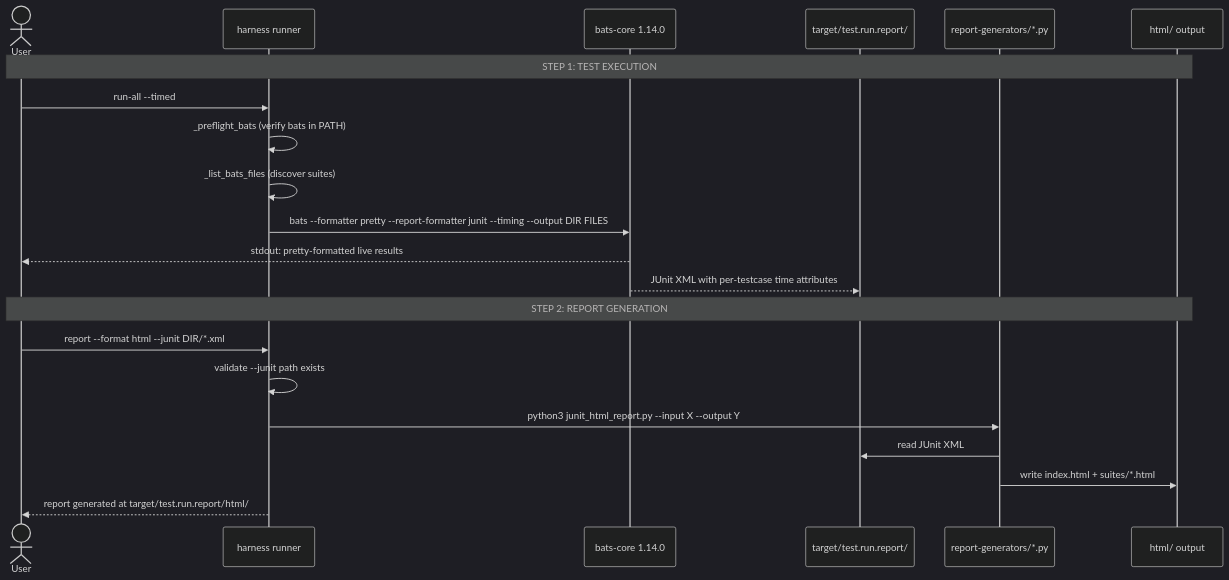
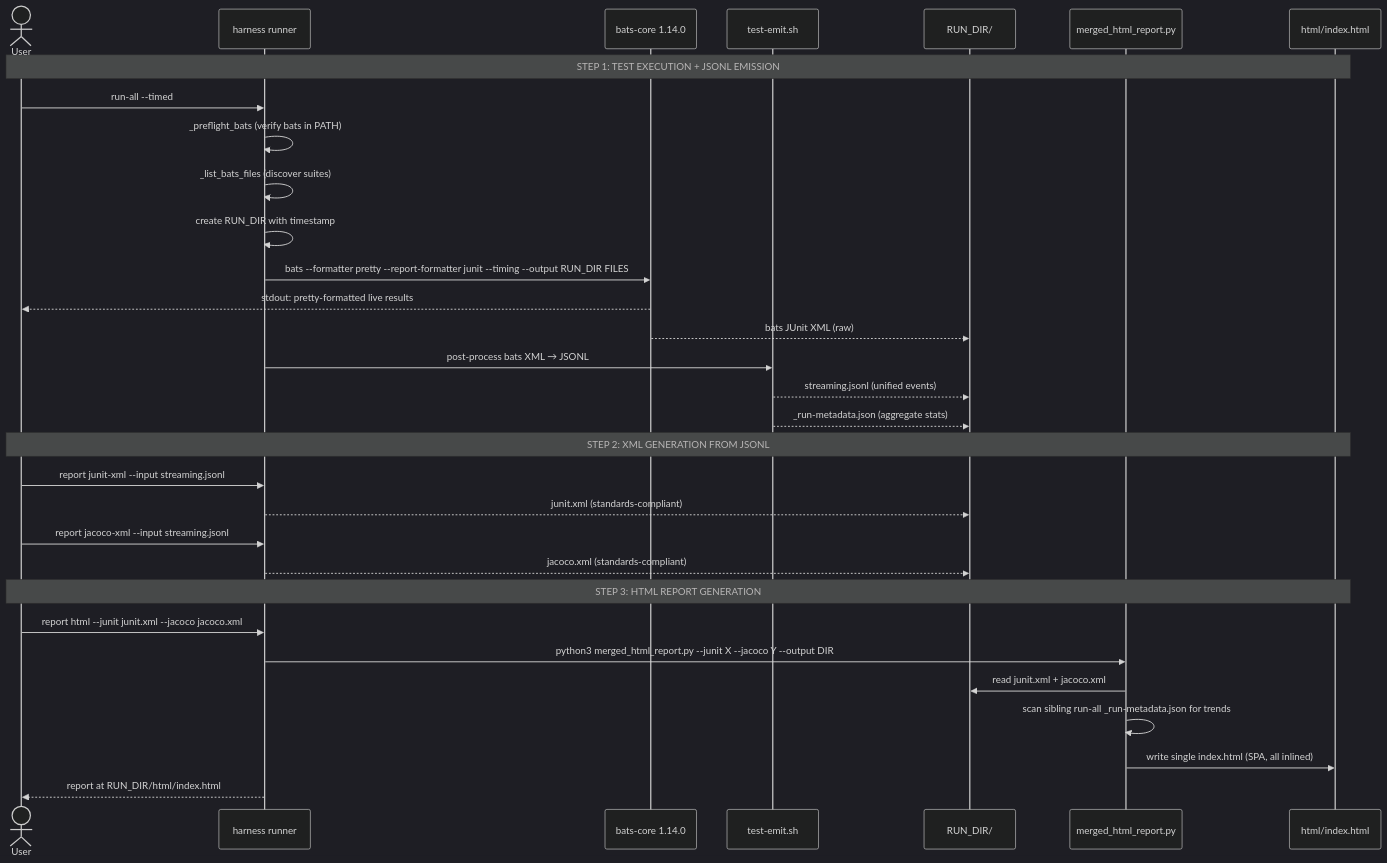
Before and after one commit to hanasaki/hanaden-bwrap-enhanced: the sixth of 6 diagrams in PROJECT_HOME/docs/architecture-design-features-specs/bwrap-enhanced-architecture-design-features-specs/BwrapEnhanced2026.strat/FormalTestObservability.driv/UnifiedStructuredTestReporting.moti/TestHarnessSystem.sys/20260831-225530-034851-7a99-aba2-733798cb5a23-TestHarnessSystem.sys-0.0.1.md, drawn with Mermaid (dark theme). The commit also changed other lines of this file and 7 other files, not shown here.

````diff
--- a/PROJECT_HOME/docs/architecture-design-features-specs/bwrap-enhanced-architecture-design-features-specs/BwrapEnhanced2026.strat/FormalTestObservability.driv/UnifiedStructuredTestReporting.moti/TestHarnessSystem.sys/20260831-225530-034851-7a99-aba2-733798cb5a23-TestHarnessSystem.sys-0.0.1.md
+++ b/PROJECT_HOME/docs/architecture-design-features-specs/bwrap-enhanced-architecture-design-features-specs/BwrapEnhanced2026.strat/FormalTestObservability.driv/UnifiedStructuredTestReporting.moti/TestHarnessSystem.sys/20260831-225530-034851-7a99-aba2-733798cb5a23-TestHarnessSystem.sys-0.0.1.md
@@ -521,27 +535,39 @@
 ```mermaid
 sequenceDiagram
     actor User
     participant Harness as harness runner
     participant Bats as bats-core 1.14.0
-    participant Disk as target/test.run.report/
-    participant Python as report-generators/*.py
-    participant HTML as html/ output
+    participant Emit as test-emit.sh
+    participant Disk as RUN_DIR/
+    participant Python as merged_html_report.py
+    participant HTML as html/index.html
 
-    Note over User,HTML: STEP 1: TEST EXECUTION
+    Note over User,HTML: STEP 1: TEST EXECUTION + JSONL EMISSION
 
     User->>Harness: run-all --timed
     Harness->>Harness: _preflight_bats (verify bats in PATH)
     Harness->>Harness: _list_bats_files (discover suites)
-    Harness->>Bats: bats --formatter pretty --report-formatter junit --timing --output DIR FILES
+    Harness->>Harness: create RUN_DIR with timestamp
+    Harness->>Bats: bats --formatter pretty --report-formatter junit --timing --output RUN_DIR FILES
     Bats-->>User: stdout: pretty-formatted live results
-    Bats-->>Disk: JUnit XML with per-testcase time attributes
+    Bats-->>Disk: bats JUnit XML (raw)
+    Harness->>Emit: post-process bats XML → JSONL
+    Emit-->>Disk: streaming.jsonl (unified events)
+    Emit-->>Disk: _run-metadata.json (aggregate stats)
 
-    Note over User,HTML: STEP 2: REPORT GENERATION
+    Note over User,HTML: STEP 2: XML GENERATION FROM JSONL
 
-    User->>Harness: report --format html --junit DIR/*.xml
-    Harness->>Harness: validate --junit path exists
-    Harness->>Python: python3 junit_html_report.py --input X --output Y
-    Python->>Disk: read JUnit XML
-    Python->>HTML: write index.html + suites/*.html
-    Harness-->>User: report generated at target/test.run.report/html/
+    User->>Harness: report junit-xml --input streaming.jsonl
+    Harness-->>Disk: junit.xml (standards-compliant)
+    User->>Harness: report jacoco-xml --input streaming.jsonl
+    Harness-->>Disk: jacoco.xml (standards-compliant)
+
+    Note over User,HTML: STEP 3: HTML REPORT GENERATION
+
+    User->>Harness: report html --junit junit.xml --jacoco jacoco.xml
+    Harness->>Python: python3 merged_html_report.py --junit X --jacoco Y --output DIR
+    Python->>Disk: read junit.xml + jacoco.xml
+    Python->>Python: scan sibling run-all _run-metadata.json for trends
+    Python->>HTML: write single index.html (SPA, all inlined)
+    Harness-->>User: report at RUN_DIR/html/index.html
 ```
````
